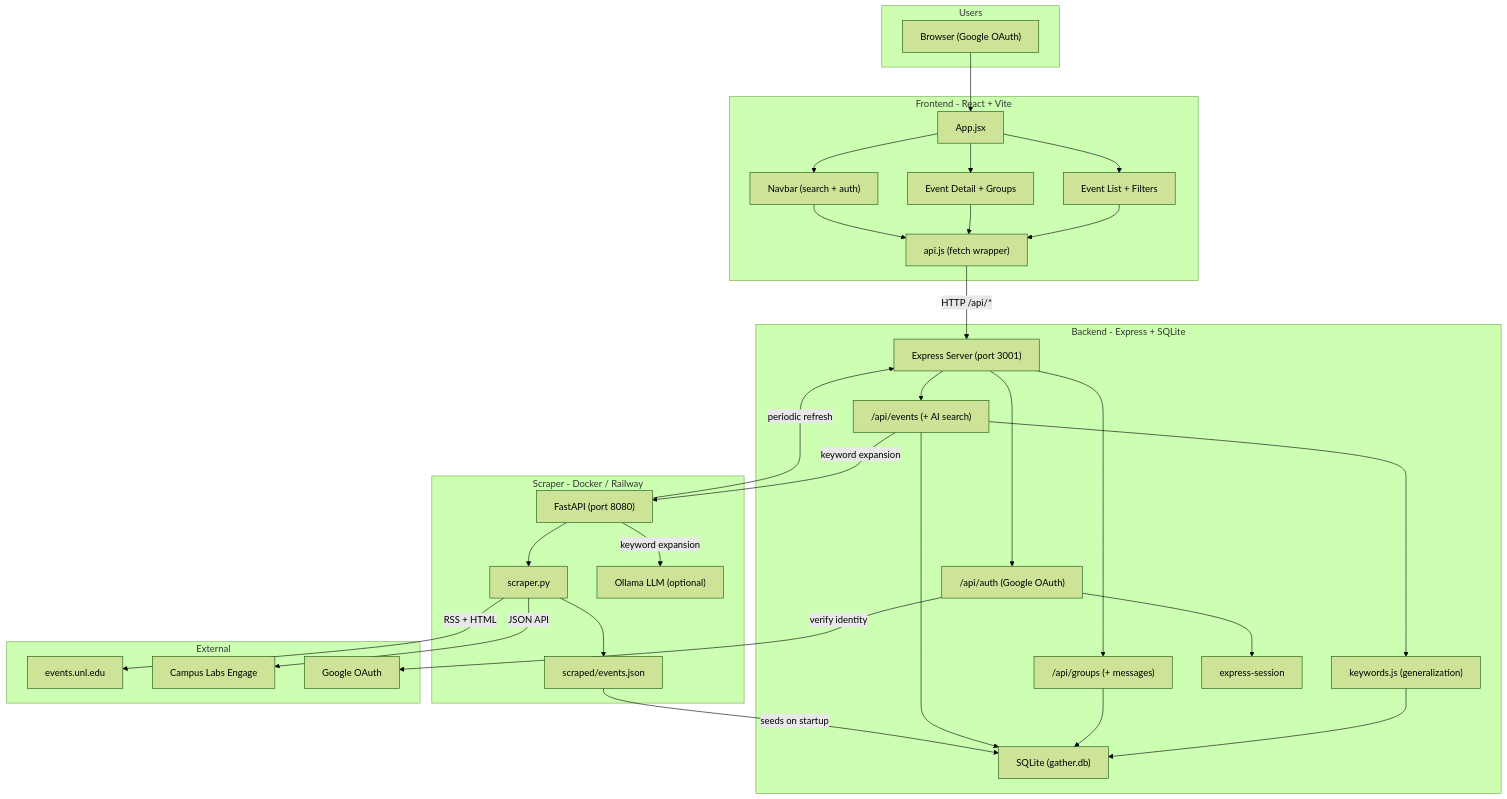
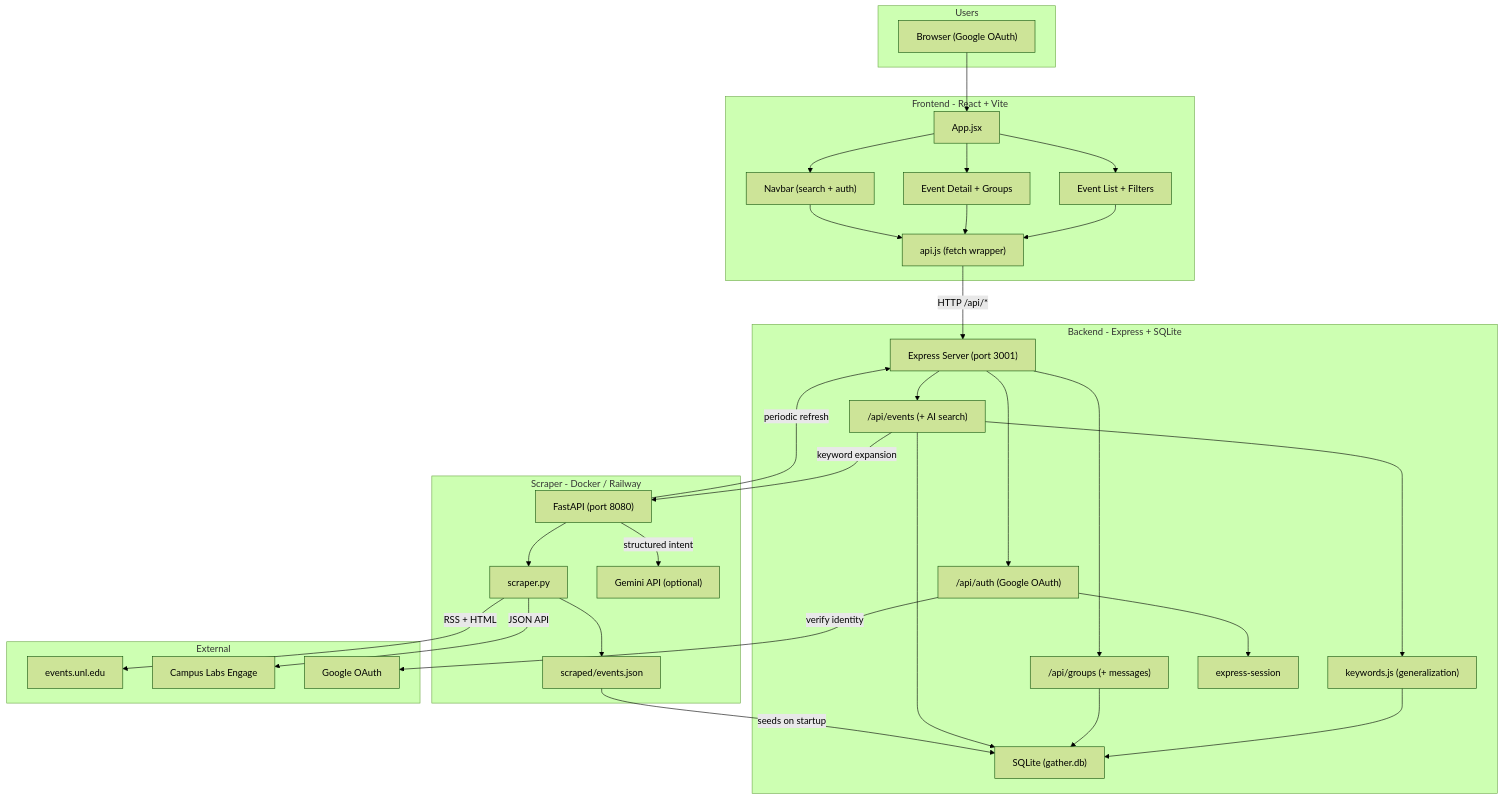
The first of 3 diagrams in docs/architecture.md (michaeldejournett/Raikes-Hacks-2026), drawn with Mermaid (forest theme) before and after one commit. The commit also changed other lines of this file and 32 other files, not shown here.

````diff
--- a/docs/architecture.md
+++ b/docs/architecture.md
@@ -5,58 +5,58 @@
 ```mermaid
 flowchart TB
   subgraph user [Users]
     Browser["Browser (Google OAuth)"]
   end
 
   subgraph frontend [Frontend - React + Vite]
     App["App.jsx"]
     EventList["Event List + Filters"]
     EventDetail["Event Detail + Groups"]
     Navbar["Navbar (search + auth)"]
     API["api.js (fetch wrapper)"]
   end
 
   subgraph backend [Backend - Express + SQLite]
     Express["Express Server (port 3001)"]
     AuthRoute["/api/auth (Google OAuth)"]
     EventsRoute["/api/events (+ AI search)"]
     GroupsRoute["/api/groups (+ messages)"]
     Keywords["keywords.js (generalization)"]
     SQLite["SQLite (gather.db)"]
     Session["express-session"]
   end
 
   subgraph scraper [Scraper - Docker / Railway]
     FastAPI["FastAPI (port 8080)"]
     Scraper["scraper.py"]
-    Ollama["Ollama LLM (optional)"]
+    Gemini["Gemini API (optional)"]
     ScrapedJSON["scraped/events.json"]
   end
 
   subgraph external [External]
     UNL["events.unl.edu"]
     Engage["Campus Labs Engage"]
     Google["Google OAuth"]
   end
 
   Browser --> App
   App --> EventList & EventDetail & Navbar
   EventList & EventDetail & Navbar --> API
   API -->|"HTTP /api/*"| Express
   Express --> AuthRoute & EventsRoute & GroupsRoute
   AuthRoute --> Session
   AuthRoute -->|"verify identity"| Google
   EventsRoute -->|"keyword expansion"| FastAPI
   EventsRoute --> Keywords
   Keywords --> SQLite
   GroupsRoute --> SQLite
   EventsRoute --> SQLite
 
   Scraper -->|"RSS + HTML"| UNL
   Scraper -->|"JSON API"| Engage
   Scraper --> ScrapedJSON
   FastAPI --> Scraper
-  FastAPI -->|"keyword expansion"| Ollama
+  FastAPI -->|"structured intent"| Gemini
   ScrapedJSON -->|"seeds on startup"| SQLite
   FastAPI -->|"periodic refresh"| Express
 ```
````
